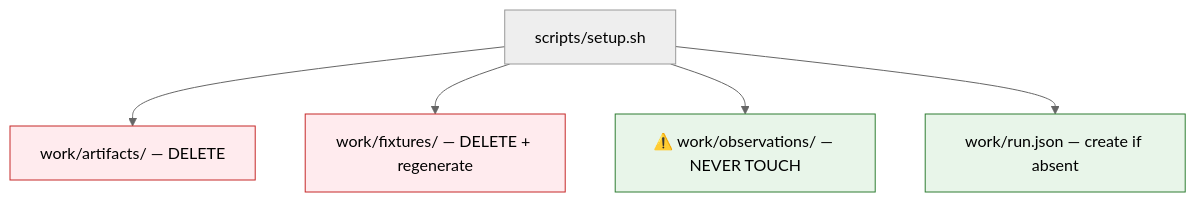
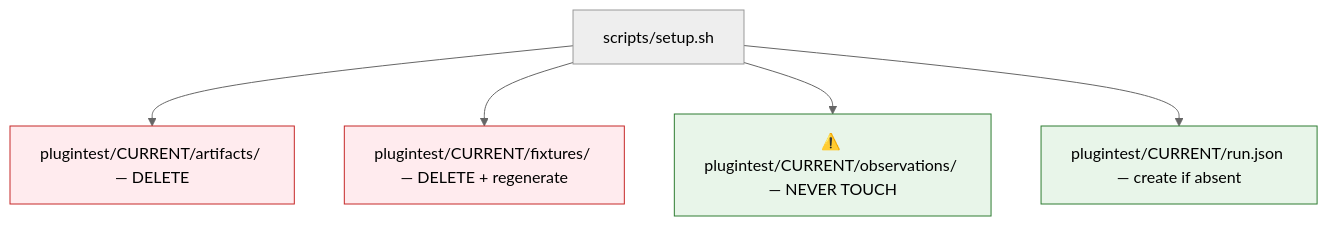
The third of 3 diagrams in DESIGN.md (Texarkanine/open-plugins-surface-test), drawn with Mermaid (neutral theme) before and after one commit. The commit also changed other lines of this file and 31 other files, not shown here.

````diff
--- a/DESIGN.md
+++ b/DESIGN.md
@@ -92,10 +92,10 @@
 ```mermaid
 graph TD
     classDef wipe fill:#ffebee,stroke:#c62828;
     classDef keep fill:#e8f5e9,stroke:#2e7d32;
 
-    S["scripts/setup.sh"] --> W1["work/artifacts/ — DELETE"]:::wipe
-    S --> W2["work/fixtures/ — DELETE + regenerate"]:::wipe
-    S --> K1["⚠️ work/observations/ — NEVER TOUCH"]:::keep
-    S --> K2["work/run.json — create if absent"]:::keep
+    S["scripts/setup.sh"] --> W1["plugintest/CURRENT/artifacts/ — DELETE"]:::wipe
+    S --> W2["plugintest/CURRENT/fixtures/ — DELETE + regenerate"]:::wipe
+    S --> K1["⚠️ plugintest/CURRENT/observations/ — NEVER TOUCH"]:::keep
+    S --> K2["plugintest/CURRENT/run.json — create if absent"]:::keep
 ```
````
